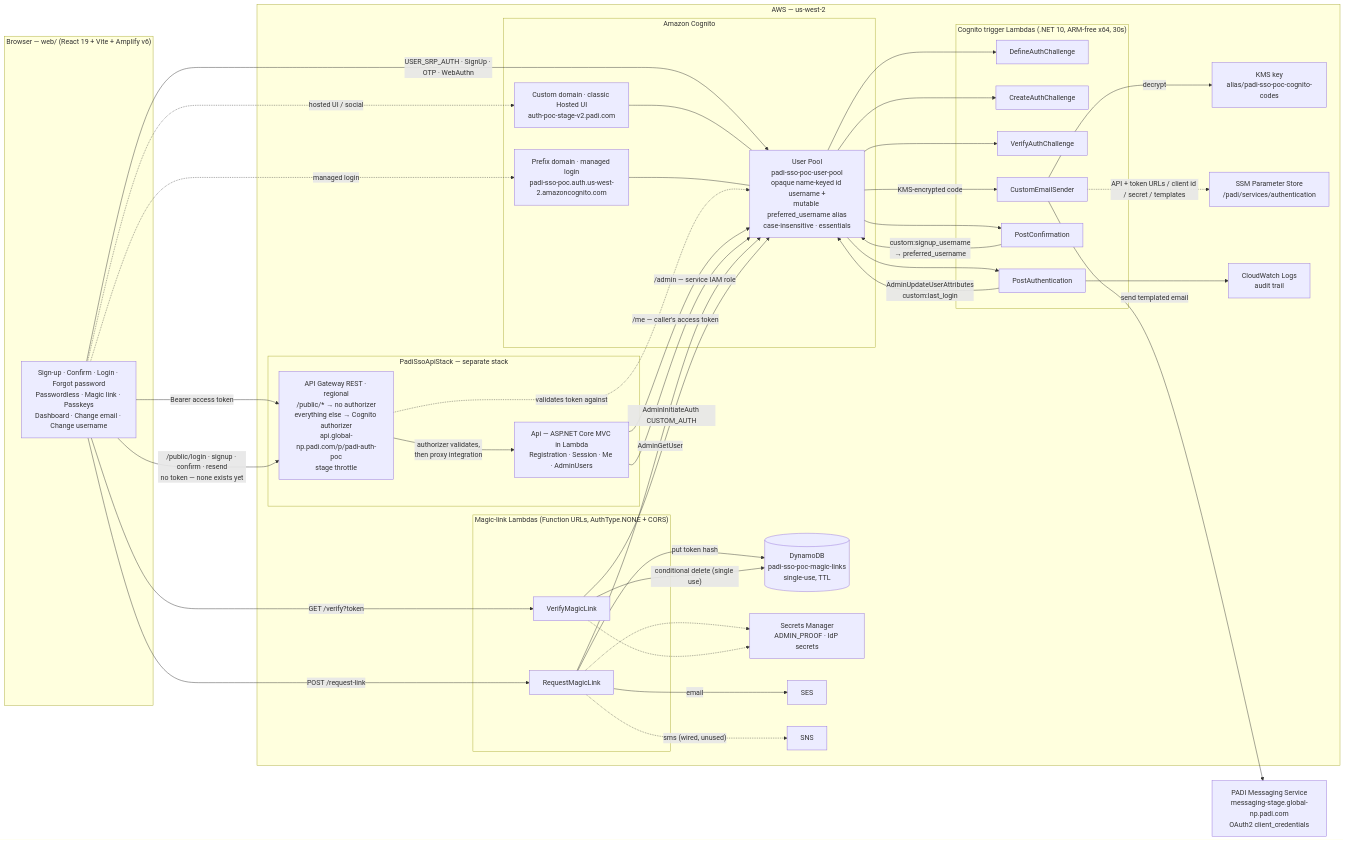
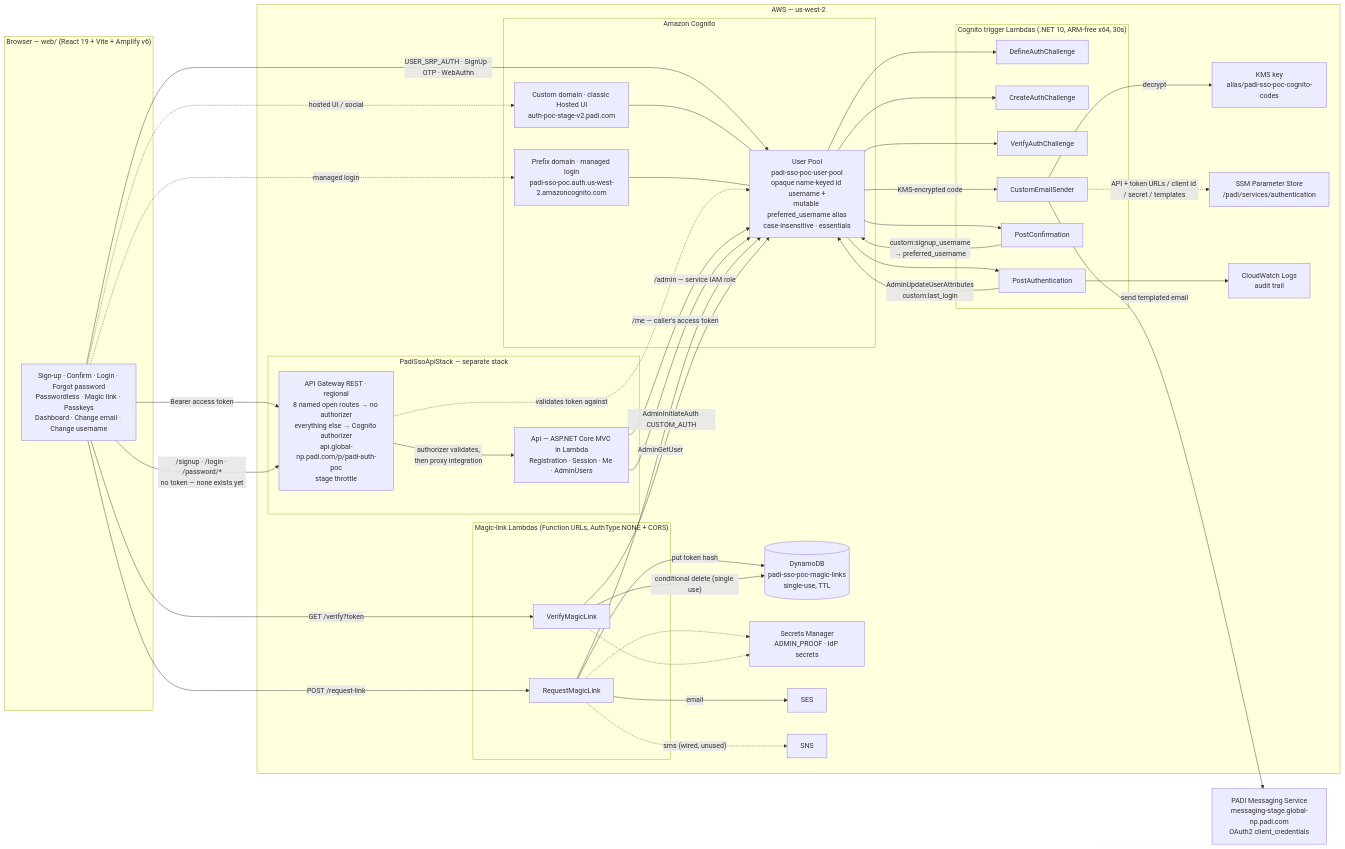
One commit to minhthanhnguyen/PADISSOPOC changed the first of 6 diagrams in PADISSOPOC/docs/architecture.md. Above: the diagram before and after it, drawn with Mermaid. The commit also changed other lines of this file and 14 other files, not shown here.

Commit message:
Remove public from API route

```diff
--- a/PADISSOPOC/docs/architecture.md
+++ b/PADISSOPOC/docs/architecture.md
@@ -39,7 +39,7 @@
         end
 
         subgraph apigw["PadiSsoApiStack — separate stack"]
-            GW["API Gateway REST · regional<br/>/public/* → no authorizer<br/>everything else → Cognito authorizer<br/>api.global-np.padi.com/p/padi-auth-poc<br/>stage throttle"]
+            GW["API Gateway REST · regional<br/>8 named open routes → no authorizer<br/>everything else → Cognito authorizer<br/>api.global-np.padi.com/p/padi-auth-poc<br/>stage throttle"]
             API["Api — ASP.NET Core MVC in Lambda<br/>Registration · Session · Me · AdminUsers"]
         end
 
@@ -73,7 +73,7 @@
     UI -->|"GET /verify?token"| VER
 
     UI -->|"Bearer access token"| GW
-    UI -->|"/public/login · signup · confirm · resend<br/>no token — none exists yet"| GW
+    UI -->|"/signup · /login · /password/*<br/>no token — none exists yet"| GW
     GW -->|"authorizer validates,<br/>then proxy integration"| API
     GW -.->|"validates token against"| POOL
     API -->|"/me — caller's access token"| POOL
```
